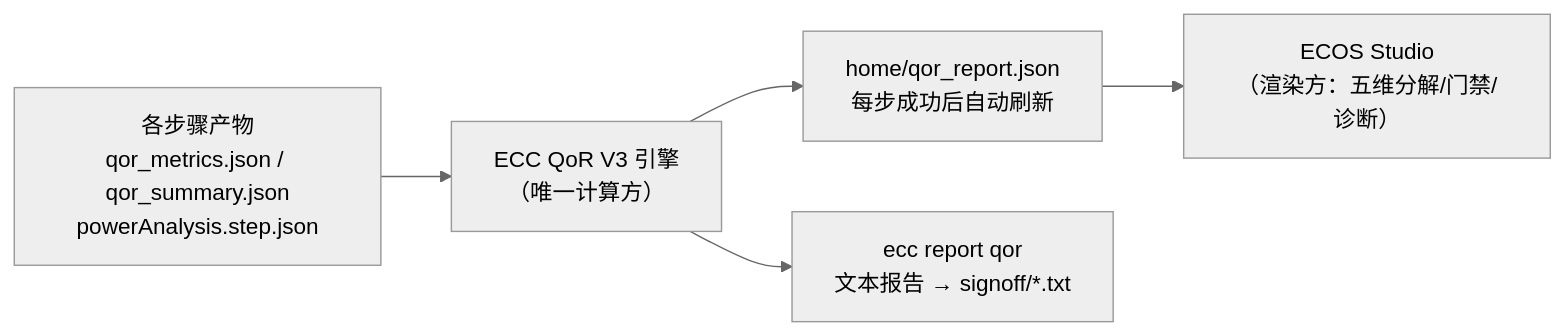
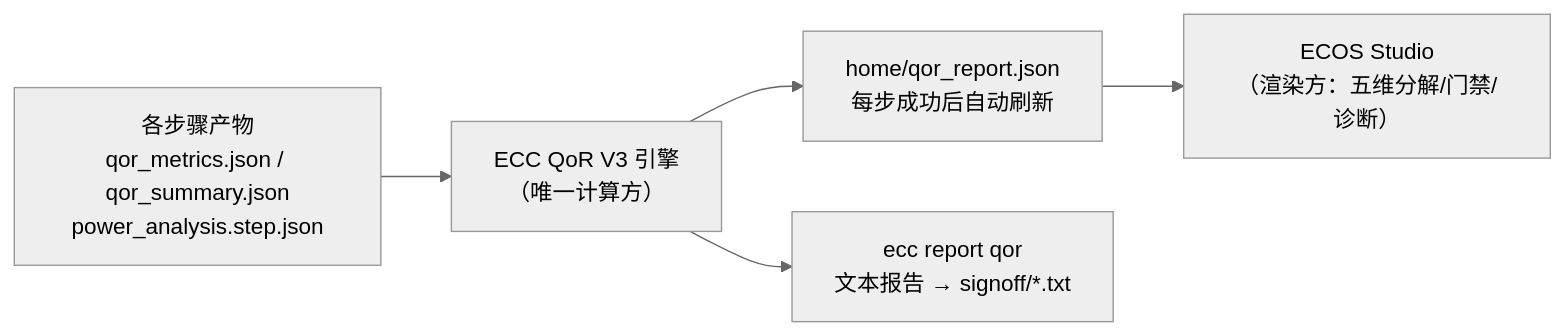
The diagram in chipcompiler/docs/ecc-qor-ref.cn.md (openecos-projects/ecc), drawn with Mermaid (neutral theme) before and after one commit. The commit also changed other lines of this file and 306 other files, not shown here.

````diff
--- a/chipcompiler/docs/ecc-qor-ref.cn.md
+++ b/chipcompiler/docs/ecc-qor-ref.cn.md
@@ -11,7 +11,7 @@
 ```mermaid
 graph LR
-    A["各步骤产物<br/>qor_metrics.json / qor_summary.json<br/>powerAnalysis.step.json"] --> B["ECC QoR V3 引擎<br/>（唯一计算方）"]
+    A["各步骤产物<br/>qor_metrics.json / qor_summary.json<br/>power_analysis.step.json"] --> B["ECC QoR V3 引擎<br/>（唯一计算方）"]
     B --> C["home/qor_report.json<br/>每步成功后自动刷新"]
     C --> D["ECOS Studio<br/>（渲染方：五维分解/门禁/诊断）"]
     B --> E["ecc report qor<br/>文本报告 → signoff/*.txt"]
 ```
````
